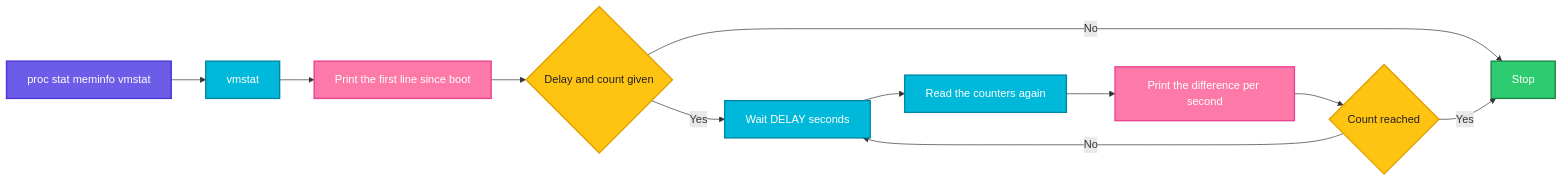
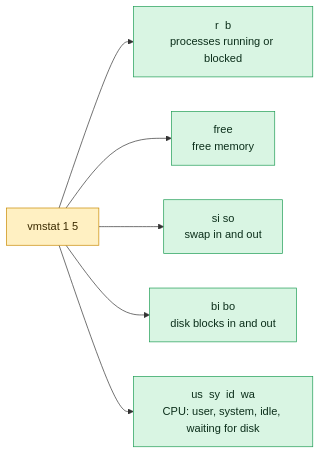
The diagram in linux/system-info/vmstat.md (codeKerdosTech/DevOps-Documentation), drawn with Mermaid before and after one commit. The commit also changed other lines of this file and 165 other files, not shown here.

Commit message:
updated diagrams in linux

````diff
--- a/linux/system-info/vmstat.md
+++ b/linux/system-info/vmstat.md
@@ -40,25 +40,15 @@
 ```mermaid
 flowchart LR
-    A[proc stat meminfo vmstat] --> B[vmstat]
-    B --> C[Print the first line since boot]
-    C --> D{Delay and count given}
-    D -->|No| E[Stop]
-    D -->|Yes| F[Wait DELAY seconds]
-    F --> G[Read the counters again]
-    G --> H[Print the difference per second]
-    H --> I{Count reached}
-    I -->|No| F
-    I -->|Yes| E
-    classDef start fill:#6C5CE7,stroke:#4834D4,stroke-width:2px,color:#fff
-    classDef proc fill:#00B8D9,stroke:#0087A8,stroke-width:2px,color:#fff
-    classDef dec fill:#FFC312,stroke:#E1A100,stroke-width:2px,color:#222
-    classDef ok fill:#2ECC71,stroke:#1E8449,stroke-width:2px,color:#fff
-    classDef err fill:#FF4757,stroke:#C0392B,stroke-width:2px,color:#fff
-    classDef out fill:#FD79A8,stroke:#E84393,stroke-width:2px,color:#fff
-    classDef alt fill:#FF9F43,stroke:#E67E22,stroke-width:2px,color:#fff
-    class A start
-    class B,F,G proc
-    class C,H out
-    class D,I dec
-    class E ok
+    c1[vmstat 1 5] --> o1[r  b<br/>processes running or blocked]
+    c1 --> o2[free<br/>free memory]
+    c1 --> o3[si  so<br/>swap in and out]
+    c1 --> o4[bi  bo<br/>disk blocks in and out]
+    c1 --> o5[us  sy  id  wa<br/>CPU: user, system, idle, waiting for disk]
+    classDef inp fill:#DCEBFF,stroke:#2F6FDE,color:#10213F
+    classDef cmd fill:#FFF0C2,stroke:#C98A00,color:#3A2A00
+    classDef out fill:#D9F5E3,stroke:#1F9D55,color:#0B2E1A
+    classDef bad fill:#FDE0E0,stroke:#D13B3B,color:#4A0F0F
+    classDef note fill:#ECEFF3,stroke:#7B8794,color:#1F2933
+    class c1 cmd
+    class o1,o2,o3,o4,o5 out
 ```
````
